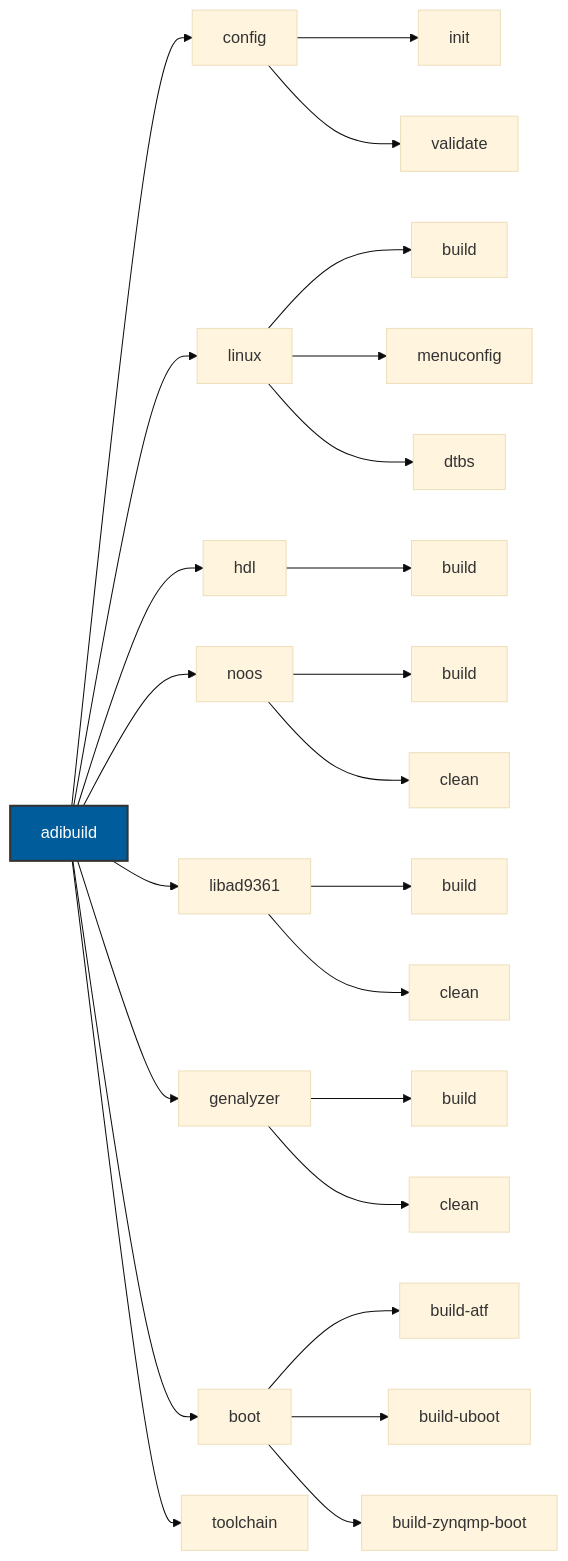
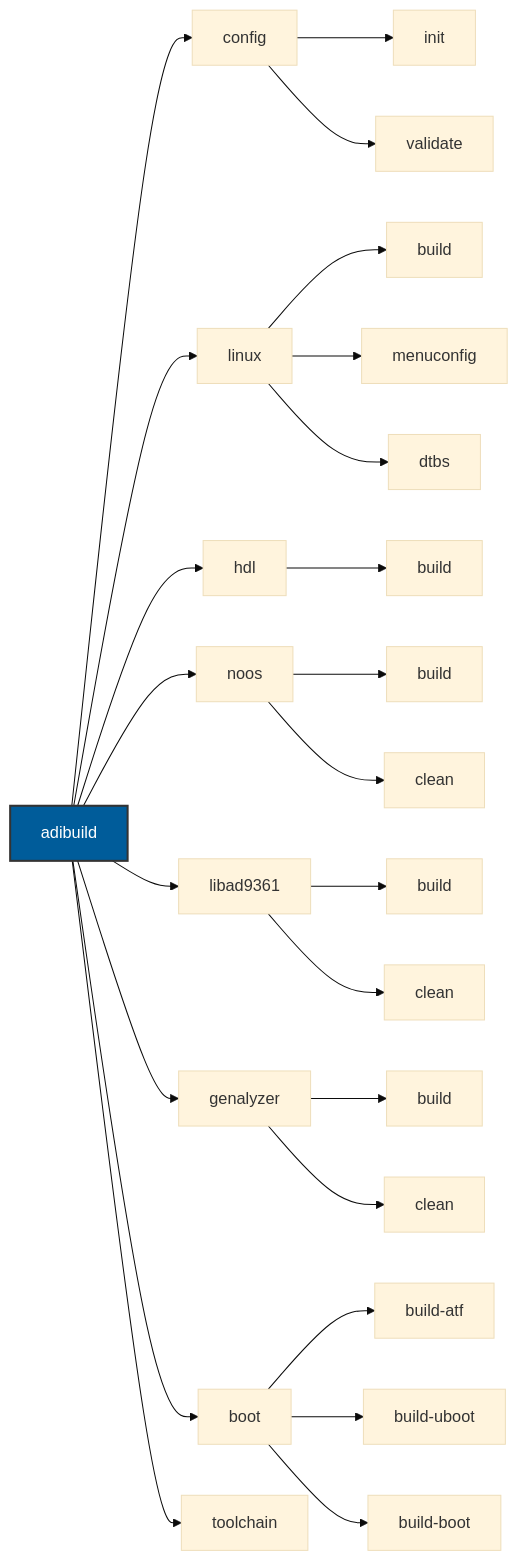
One commit to tfcollins/pyadi-build changed the diagram in docs/source/user-guide/cli-usage.rst. Above: the diagram before and after it, drawn with Mermaid (base theme). The commit also changed other lines of this file and 14 other files, not shown here.

```diff
--- a/docs/source/user-guide/cli-usage.rst
+++ b/docs/source/user-guide/cli-usage.rst
@@ -11,35 +11,35 @@
 .. mermaid::
 
    graph LR
        CLI[adibuild] --> Config[config]
        CLI --> Linux[linux]
        CLI --> HDL[hdl]
        CLI --> NoOS[noos]
        CLI --> LibAD9361[libad9361]
        CLI --> Genalyzer[genalyzer]
        CLI --> Boot[boot]
        CLI --> Toolchain[toolchain]
 
        Config --> Init[init]
        Config --> Validate[validate]
 
        Linux --> LBuild[build]
        Linux --> LMenu[menuconfig]
        Linux --> LDtbs[dtbs]
 
        HDL --> HBuild[build]
 
        NoOS --> NBuild[build]
        NoOS --> NClean[clean]
 
        LibAD9361 --> LibBuild[build]
        LibAD9361 --> LibClean[clean]
 
        Genalyzer --> GBuild[build]
        Genalyzer --> GClean[clean]
 
        Boot --> BAtf[build-atf]
        Boot --> BUboot[build-uboot]
-       Boot --> BZynqmp[build-zynqmp-boot]
+       Boot --> BBoot[build-boot]
 
        style CLI fill:#005c9a,stroke:#333,stroke-width:2px,color:#fff
```
